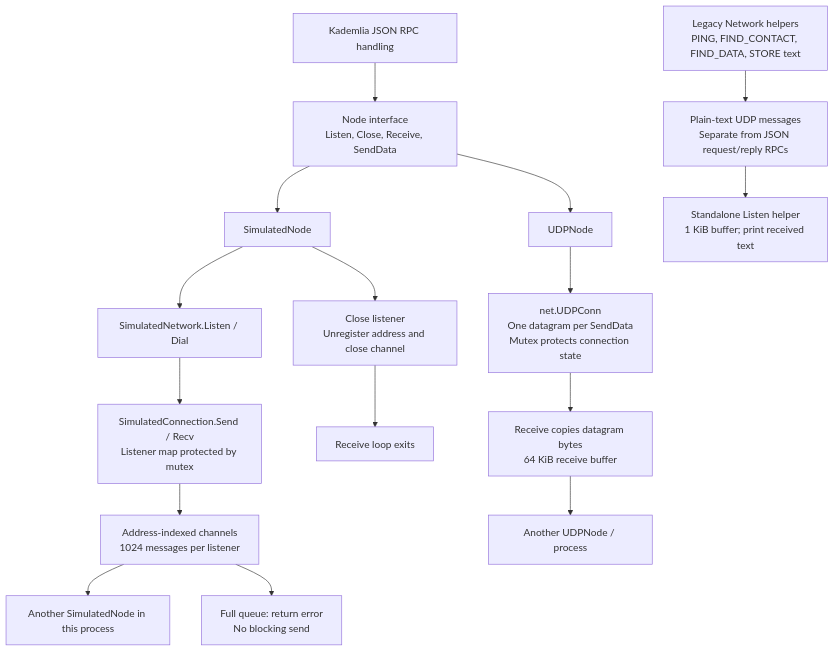
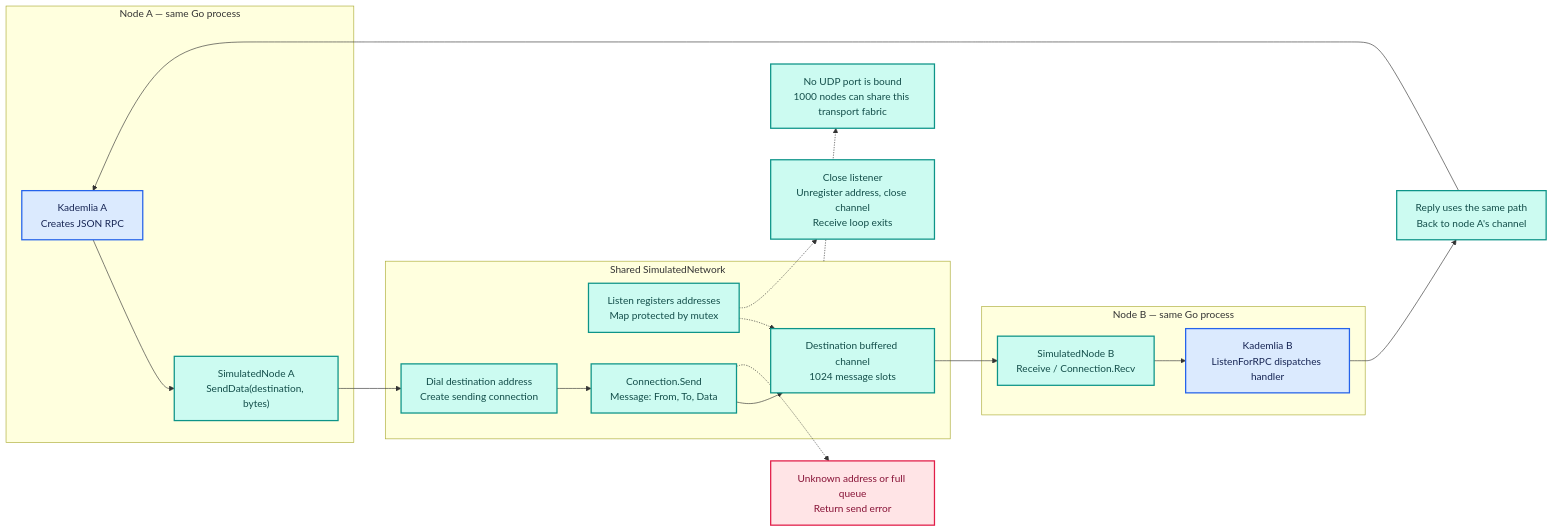
The third of 6 diagrams in labs/ARCHITECTURE.md (mohraj-0/Mobil-and-distributed-D7024E), drawn with Mermaid before and after one commit. The commit also changed other lines of this file and 2 other files, not shown here.

Commit message:
simplifed diagrams

````diff
--- a/labs/ARCHITECTURE.md
+++ b/labs/ARCHITECTURE.md
@@ -282,18 +84,35 @@
 ```mermaid
-flowchart TD
-    K["Kademlia JSON RPC handling"] --> API["Node interface<br/>Listen, Close, Receive, SendData"]
-    API --> SIM["SimulatedNode"]
-    API --> UDP["UDPNode"]
-    SIM --> DIAL["SimulatedNetwork.Listen / Dial"]
-    DIAL --> CONN["SimulatedConnection.Send / Recv<br/>Listener map protected by mutex"]
-    CONN --> QUEUE["Address-indexed channels<br/>1024 messages per listener"]
-    QUEUE --> PEER["Another SimulatedNode in this process"]
-    QUEUE --> FULL["Full queue: return error<br/>No blocking send"]
-    SIM --> CLOSE["Close listener<br/>Unregister address and close channel"]
-    CLOSE --> STOP["Receive loop exits"]
-    UDP --> SOCKET["net.UDPConn<br/>One datagram per SendData<br/>Mutex protects connection state"]
-    SOCKET --> RECEIVE["Receive copies datagram bytes<br/>64 KiB receive buffer"]
-    RECEIVE --> REMOTE["Another UDPNode / process"]
-    LEGACY["Legacy Network helpers<br/>PING, FIND_CONTACT, FIND_DATA, STORE text"] --> TEXT["Plain-text UDP messages<br/>Separate from JSON request/reply RPCs"]
-    TEXT --> PRINT["Standalone Listen helper<br/>1 KiB buffer; print received text"]
+flowchart LR
+    subgraph A["Node A — same Go process"]
+        KA["Kademlia A<br/>Creates JSON RPC"]:::logic
+        SA["SimulatedNode A<br/>SendData(destination, bytes)"]:::sim
+        KA --> SA
+    end
+    subgraph BUS["Shared SimulatedNetwork"]
+        REG["Listen registers addresses<br/>Map protected by mutex"]:::sim
+        DIAL["Dial destination address<br/>Create sending connection"]:::sim
+        SEND["Connection.Send<br/>Message: From, To, Data"]:::sim
+        QUEUE["Destination buffered channel<br/>1024 message slots"]:::sim
+        REG -.-> QUEUE
+        DIAL --> SEND --> QUEUE
+    end
+    subgraph B["Node B — same Go process"]
+        SB["SimulatedNode B<br/>Receive / Connection.Recv"]:::sim
+        KB["Kademlia B<br/>ListenForRPC dispatches handler"]:::logic
+        SB --> KB
+    end
+    SA --> DIAL
+    QUEUE --> SB
+    KB --> REPLY["Reply uses the same path<br/>Back to node A's channel"]:::sim
+    REPLY --> KA
+    SEND -.-> ERROR["Unknown address or full queue<br/>Return send error"]:::failure
+    REG -.-> CLOSE["Close listener<br/>Unregister address, close channel<br/>Receive loop exits"]:::sim
+    BUS -.-> NOTE["No UDP port is bound<br/>1000 nodes can share this transport fabric"]:::sim
+    classDef shell fill:#ede9fe,stroke:#7c3aed,color:#2e1065,stroke-width:2px
+    classDef logic fill:#dbeafe,stroke:#2563eb,color:#172554,stroke-width:2px
+    classDef sim fill:#ccfbf1,stroke:#0d9488,color:#134e4a,stroke-width:2px
+    classDef real fill:#ffedd5,stroke:#ea580c,color:#7c2d12,stroke-width:2px
+    classDef data fill:#dcfce7,stroke:#16a34a,color:#14532d,stroke-width:2px
+    classDef choice fill:#fef3c7,stroke:#d97706,color:#78350f,stroke-width:2px
+    classDef failure fill:#ffe4e6,stroke:#e11d48,color:#881337,stroke-width:2px
 ```
````
